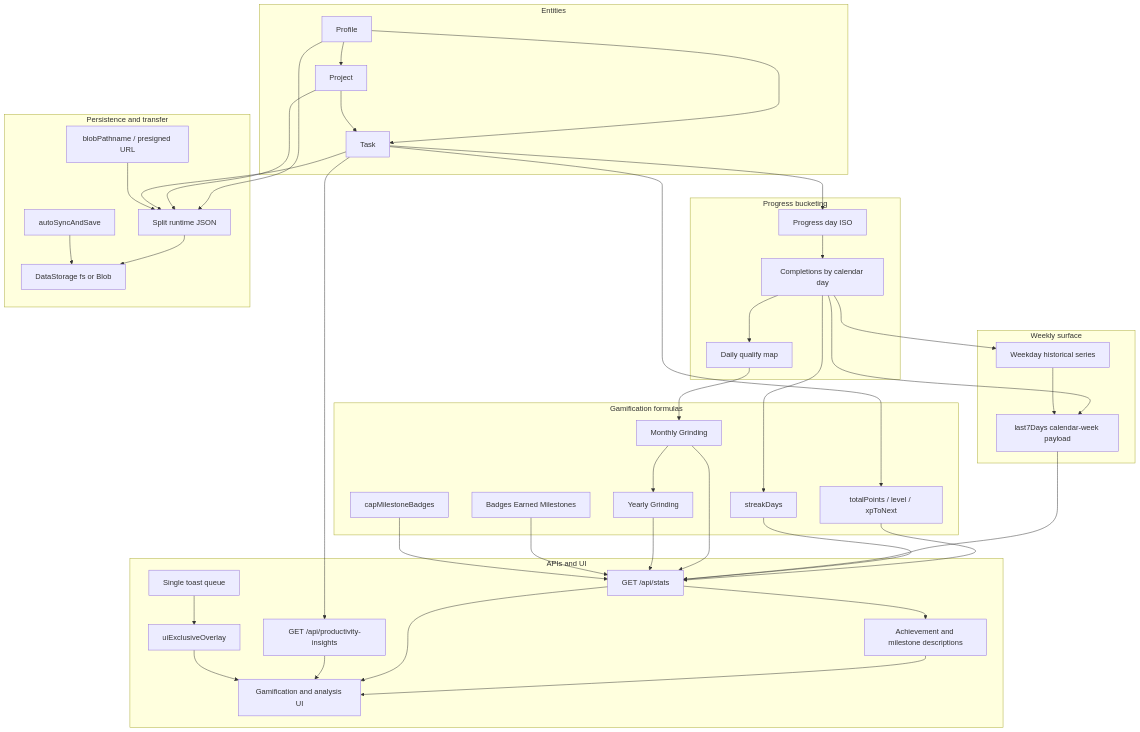
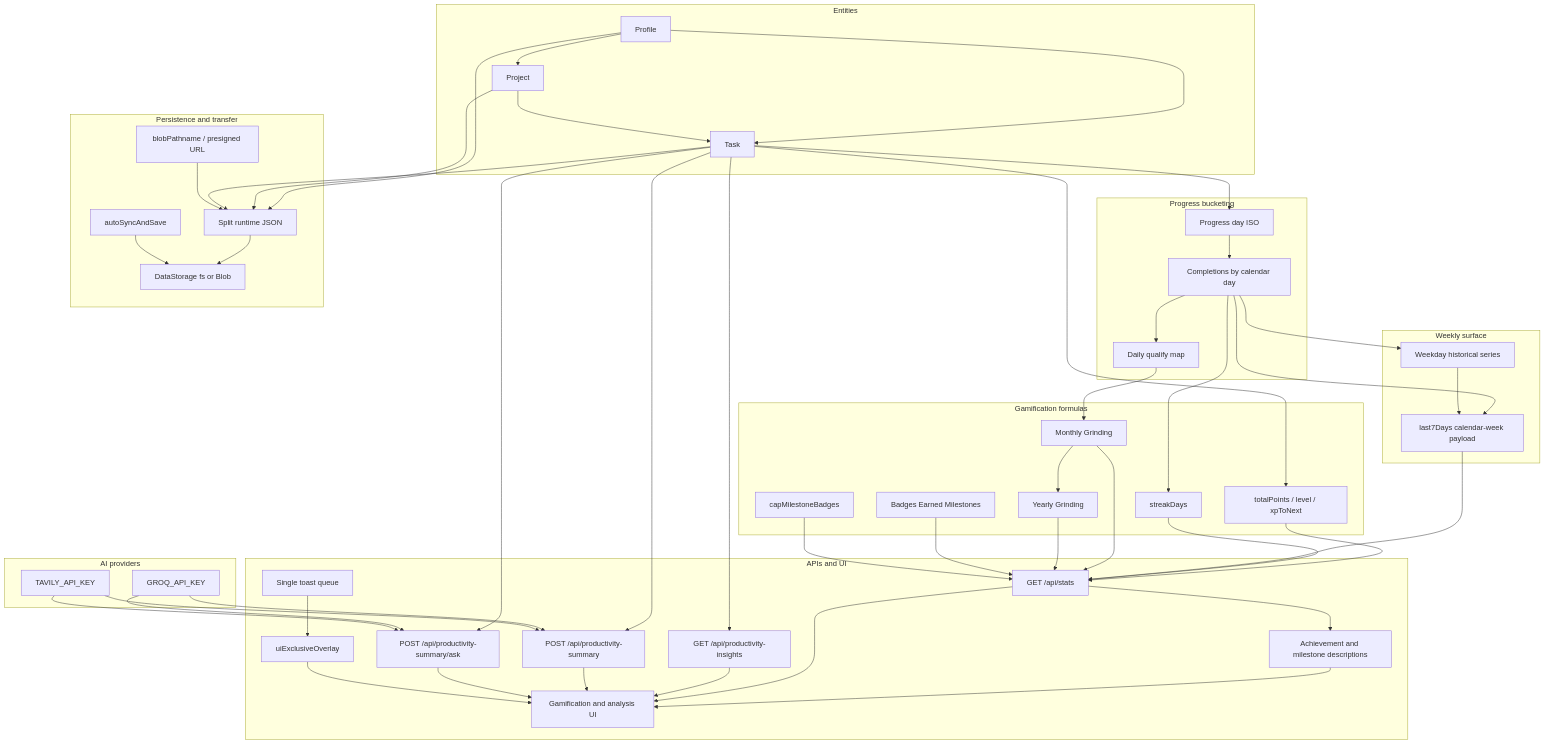
The diagram in docs/VARIABLES.md (RifqiMT/focista-schedulo), drawn with Mermaid before and after one commit. The commit also changed other lines of this file and 45 other files, not shown here.

First line of the commit message:
feat: Productivity Summary AI, resilient import/export, and analysis polish

```diff
--- a/docs/VARIABLES.md
+++ b/docs/VARIABLES.md
@@ -40,10 +40,17 @@
   subgraph APIs and UI
     Stats[GET /api/stats]
     Insights[GET /api/productivity-insights]
+    Summary[POST /api/productivity-summary]
+    Ask[POST /api/productivity-summary/ask]
     Desc[Achievement and milestone descriptions]
     UI[Gamification and analysis UI]
     Overlay[uiExclusiveOverlay]
     Toast[Single toast queue]
+  end
+
+  subgraph AI providers
+    Groq[GROQ_API_KEY]
+    Tavily[TAVILY_API_KEY]
   end
 
   subgraph Persistence and transfer
@@ -78,6 +85,14 @@
   Stats --> UI
   Task --> Insights
   Insights --> UI
+  Task --> Summary
+  Task --> Ask
+  Groq --> Summary
+  Groq --> Ask
+  Tavily --> Summary
+  Tavily --> Ask
+  Summary --> UI
+  Ask --> UI
   Overlay --> UI
   Toast --> Overlay
   Profile --> Runtime
```
